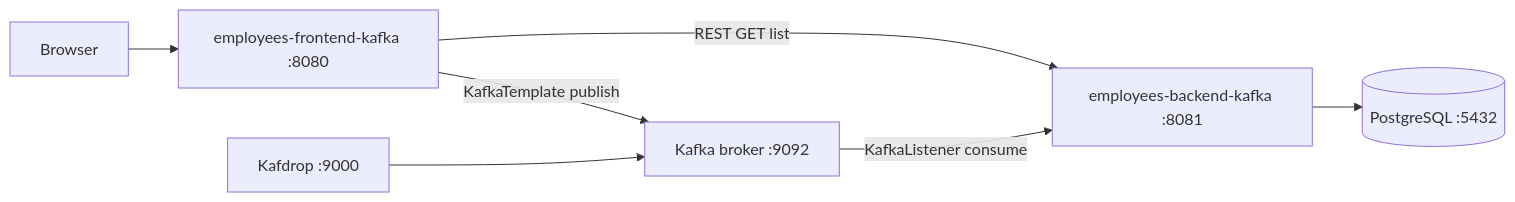
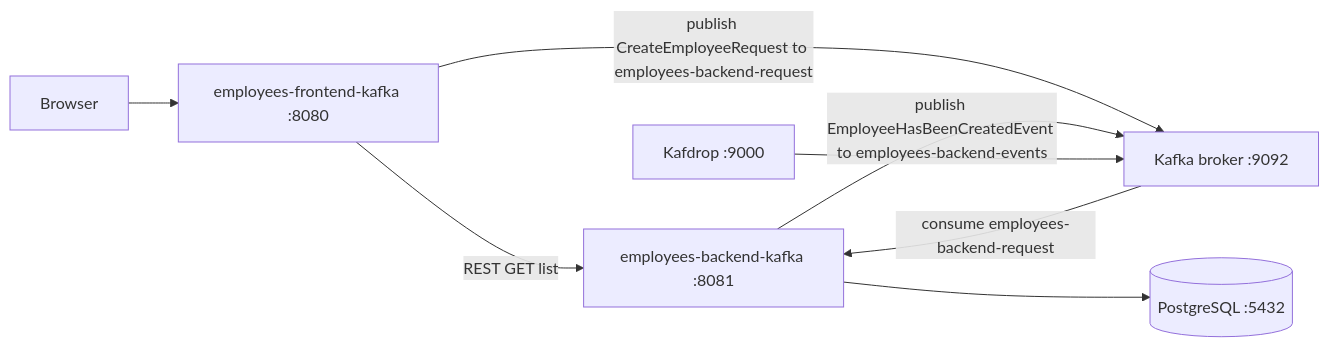
One commit to CSonTi04/javax-sc-2026-05-06 changed the second of 9 diagrams in README.md. Above: the diagram before and after it, drawn with Mermaid. The commit also changed other lines of this file, not shown here.

Commit message:
feat: update README to include Stream plus Avro pair and clarify Kafka interactions

````diff
--- a/README.md
+++ b/README.md
@@ -75,9 +75,10 @@
 ```mermaid
 flowchart LR
     Browser[Browser] --> FEK["employees-frontend-kafka :8080"]
     FEK -->|REST GET list| BEK["employees-backend-kafka :8081"]
-    FEK -->|KafkaTemplate publish| Kafka["Kafka broker :9092"]
-    Kafka -->|KafkaListener consume| BEK
+    FEK -->|publish CreateEmployeeRequest to employees-backend-request| Kafka["Kafka broker :9092"]
+    Kafka -->|consume employees-backend-request| BEK
+    BEK -->|publish EmployeeHasBeenCreatedEvent to employees-backend-events| Kafka
     BEK --> PG[(PostgreSQL :5432)]
     Kafdrop["Kafdrop :9000"] --> Kafka
 ```
````
